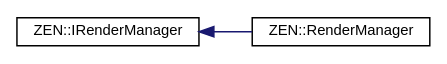
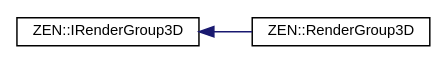
One commit to markhj/zeronetics changed the diagram in inherit_graph_16.dot. Above: the diagram before and after it, drawn with Graphviz. The commit also changed 282 other files, not shown here.

```diff
--- a/inherit_graph_16.dot
+++ b/inherit_graph_16.dot
@@ -1,10 +1,10 @@
 digraph "Graphical Class Hierarchy"
 {
  // LATEX_PDF_SIZE
   edge [fontname="Helvetica",fontsize="10",labelfontname="Helvetica",labelfontsize="10"];
   node [fontname="Helvetica",fontsize="10",shape=record];
   rankdir="LR";
-  Node0 [label="ZEN::IRenderManager",height=0.2,width=0.4,color="black", fillcolor="white", style="filled",URL="$classZEN_1_1IRenderManager.html",tooltip=" "];
+  Node0 [label="ZEN::IRenderGroup3D",height=0.2,width=0.4,color="black", fillcolor="white", style="filled",URL="$structZEN_1_1IRenderGroup3D.html",tooltip=" "];
   Node0 -> Node1 [dir="back",color="midnightblue",fontsize="10",style="solid",fontname="Helvetica"];
-  Node1 [label="ZEN::RenderManager",height=0.2,width=0.4,color="black", fillcolor="white", style="filled",URL="$classZEN_1_1RenderManager.html",tooltip=" "];
+  Node1 [label="ZEN::RenderGroup3D",height=0.2,width=0.4,color="black", fillcolor="white", style="filled",URL="$structZEN_1_1RenderGroup3D.html",tooltip=" "];
 }
```
